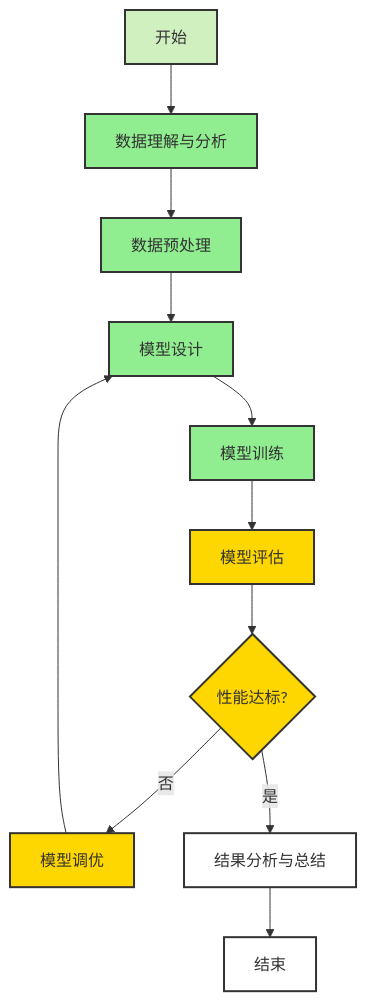
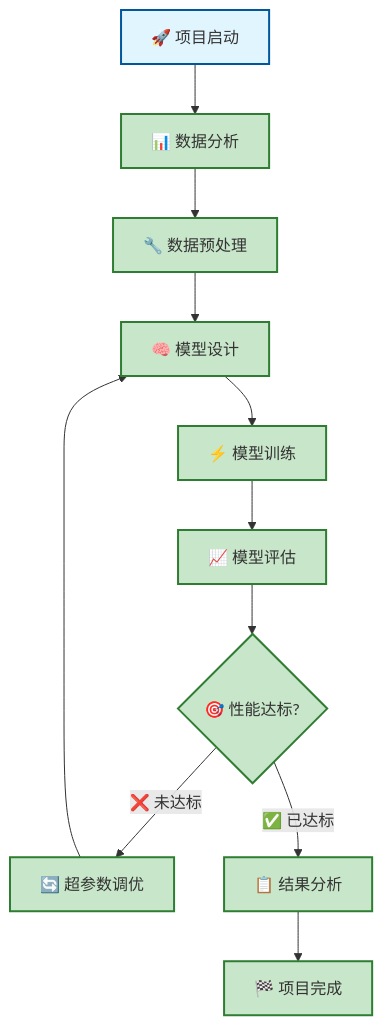
The first of 8 diagrams in 项目流程图.md (le876/week1-CNN), drawn with Mermaid before and after one commit. The commit also changed other lines of this file and 25 other files, not shown here.

````diff
--- a/项目流程图.md
+++ b/项目流程图.md
@@ -7,30 +11,25 @@
 ```mermaid
 graph TD
-    A[开始] --> B[数据理解与分析]
-    B --> C[数据预处理]
-    C --> D[模型设计]
-    D --> E[模型训练]
-    E --> F[模型评估]
-    F --> G{性能达标?}
-    G -->|否| H[模型调优]
+    A[🚀 项目启动] --> B[📊 数据分析]
+    B --> C[🔧 数据预处理]
+    C --> D[🧠 模型设计]
+    D --> E[⚡ 模型训练]
+    E --> F[📈 模型评估]
+    F --> G{🎯 性能达标?}
+    G -->|❌ 未达标| H[🔄 超参数调优]
     H --> D
-    G -->|是| I[结果分析与总结]
-    I --> J[结束]
-    
-    %% 当前进度标记
-    style A fill:#d0f0c0,stroke:#333,stroke-width:2px
-    style B fill:#90EE90,stroke:#333,stroke-width:2px
-    style C fill:#90EE90,stroke:#333,stroke-width:2px
-    style D fill:#90EE90,stroke:#333,stroke-width:2px
-    style E fill:#90EE90,stroke:#333,stroke-width:2px
-    style F fill:#FFD700,stroke:#333,stroke-width:2px
-    style G fill:#FFD700,stroke:#333,stroke-width:2px
-    style H fill:#FFD700,stroke:#333,stroke-width:2px
-    style I fill:#FFFFFF,stroke:#333,stroke-width:2px
-    style J fill:#FFFFFF,stroke:#333,stroke-width:2px
-    
-    %% 添加进度说明
-    classDef completed fill:#90EE90,stroke:#333,stroke-width:2px;
-    classDef inProgress fill:#FFD700,stroke:#333,stroke-width:2px;
-    classDef pending fill:#FFFFFF,stroke:#333,stroke-width:2px;
+    G -->|✅ 已达标| I[📋 结果分析]
+    I --> J[🏁 项目完成]
+
+    %% 状态样式
+    style A fill:#e1f5fe,stroke:#01579b,stroke-width:2px
+    style B fill:#c8e6c9,stroke:#2e7d32,stroke-width:2px
+    style C fill:#c8e6c9,stroke:#2e7d32,stroke-width:2px
+    style D fill:#c8e6c9,stroke:#2e7d32,stroke-width:2px
+    style E fill:#c8e6c9,stroke:#2e7d32,stroke-width:2px
+    style F fill:#c8e6c9,stroke:#2e7d32,stroke-width:2px
+    style G fill:#c8e6c9,stroke:#2e7d32,stroke-width:2px
+    style H fill:#c8e6c9,stroke:#2e7d32,stroke-width:2px
+    style I fill:#c8e6c9,stroke:#2e7d32,stroke-width:2px
+    style J fill:#c8e6c9,stroke:#2e7d32,stroke-width:2px
 ```
````
